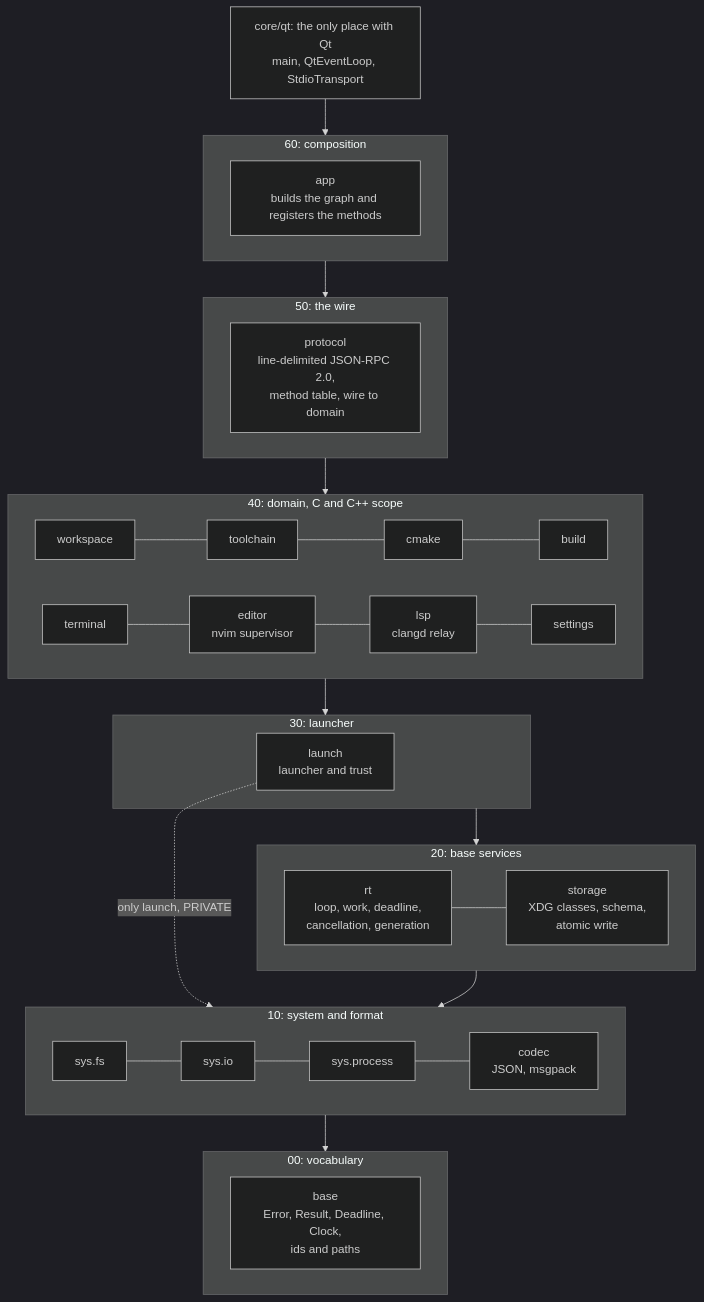
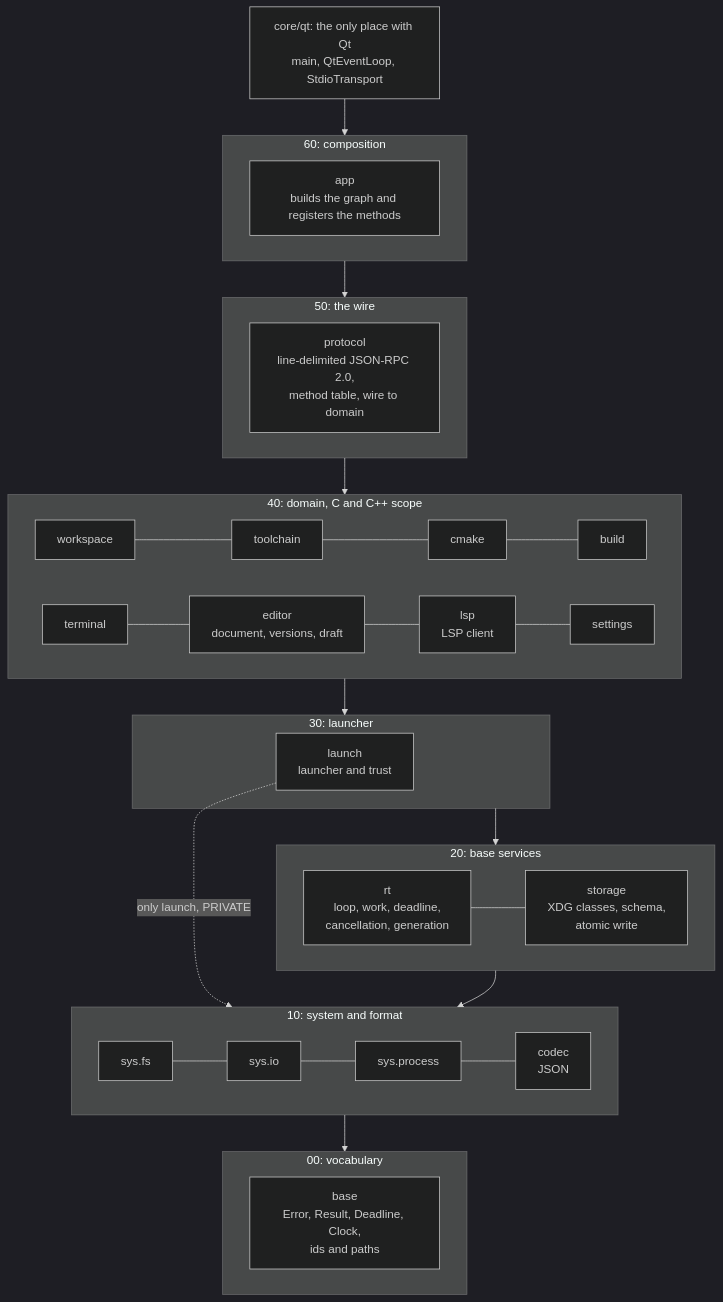
Before and after one commit to ViktorWalde/KineinVectis: the first of 2 diagrams in docs/architecture/modules-and-layers.md, drawn with Mermaid (dark theme). The commit also changed other lines of this file and 11 other files, not shown here.

````diff
--- a/docs/architecture/modules-and-layers.md
+++ b/docs/architecture/modules-and-layers.md
@@ -51,31 +51,31 @@
 ```mermaid
 flowchart TB
     qt["core/qt: the only place with Qt<br/>main, QtEventLoop, StdioTransport"]
     subgraph C6["60: composition"]
         app["app<br/>builds the graph and registers the methods"]
     end
     subgraph C5["50: the wire"]
         protocol["protocol<br/>line-delimited JSON-RPC 2.0,<br/>method table, wire to domain"]
     end
     subgraph C4["40: domain, C and C++ scope"]
         direction LR
         workspace["workspace"] --- toolchain["toolchain"] --- cmake["cmake"] --- build["build"]
-        terminal["terminal"] --- editor["editor<br/>nvim supervisor"] --- lsp["lsp<br/>clangd relay"] --- settings["settings"]
+        terminal["terminal"] --- editor["editor<br/>document, versions, draft"] --- lsp["lsp<br/>LSP client"] --- settings["settings"]
     end
     subgraph C3["30: launcher"]
         launch["launch<br/>launcher and trust"]
     end
     subgraph C2["20: base services"]
         direction LR
         rt["rt<br/>loop, work, deadline,<br/>cancellation, generation"] --- storage["storage<br/>XDG classes, schema,<br/>atomic write"]
     end
     subgraph C1["10: system and format"]
         direction LR
-        sysfs["sys.fs"] --- sysio["sys.io"] --- sysproc["sys.process"] --- codec["codec<br/>JSON, msgpack"]
+        sysfs["sys.fs"] --- sysio["sys.io"] --- sysproc["sys.process"] --- codec["codec<br/>JSON"]
     end
     subgraph C0["00: vocabulary"]
         base["base<br/>Error, Result, Deadline, Clock,<br/>ids and paths"]
     end
     qt --> C6 --> C5 --> C4 --> C3 --> C2 --> C1 --> C0
     launch -. "only launch, PRIVATE" .-> sysproc
 ```
````
